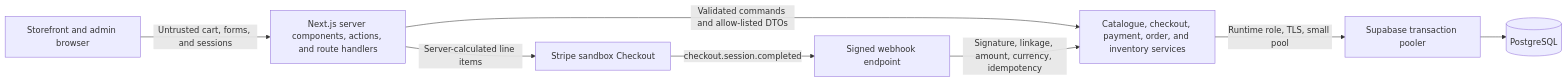
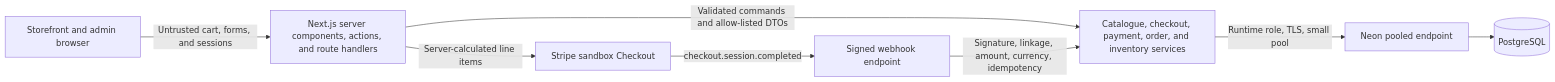
One commit to simonjr07/maison-vale changed the diagram in docs/CASE_STUDY.md. Above: the diagram before and after it, drawn with Mermaid. The commit also changed other lines of this file and 18 other files, not shown here.

````diff
--- a/docs/CASE_STUDY.md
+++ b/docs/CASE_STUDY.md
@@ -34,18 +34,18 @@
 ```mermaid
 flowchart LR
     Browser[Storefront and admin browser]
     App[Next.js server components, actions, and route handlers]
     Domain[Catalogue, checkout, payment, order, and inventory services]
-    Pool[Supabase transaction pooler]
+    Pool[Neon pooled endpoint]
     DB[(PostgreSQL)]
     Stripe[Stripe sandbox Checkout]
     Webhook[Signed webhook endpoint]
 
     Browser -->|Untrusted cart, forms, and sessions| App
     App -->|Validated commands and allow-listed DTOs| Domain
     Domain -->|Runtime role, TLS, small pool| Pool
     Pool --> DB
     App -->|Server-calculated line items| Stripe
     Stripe -->|checkout.session.completed| Webhook
     Webhook -->|Signature, linkage, amount, currency, idempotency| Domain
 ```
````
